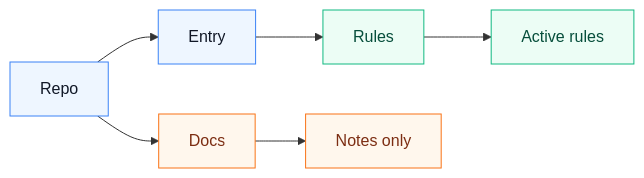
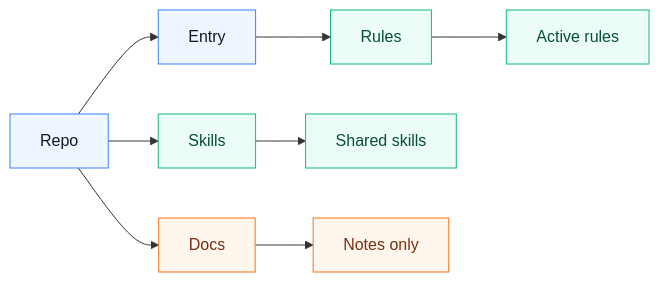
Before and after one commit to hugang20230316/ai-agent: the diagram in README.md, drawn with Mermaid. The commit also changed other lines of this file and 47 other files, not shown here.

Commit message:
Unify agent rules and personal skills

````diff
--- a/README.md
+++ b/README.md
@@ -11,15 +11,17 @@
 ```mermaid
 flowchart LR
   repo[Repo] --> entry[Entry]
   entry --> rules[Rules]
+  repo --> skills[Skills]
   repo --> docs[Docs]
   rules --> active[Active rules]
+  skills --> shared[Shared skills]
   docs --> notes[Notes only]
 
   classDef source fill:#eef6ff,stroke:#3b82f6,color:#111827
   classDef active fill:#ecfdf5,stroke:#10b981,color:#064e3b
   classDef passive fill:#fff7ed,stroke:#f97316,color:#7c2d12
   class repo,entry source
-  class rules,active active
+  class rules,active,skills,shared active
   class docs,notes passive
 ```
````
